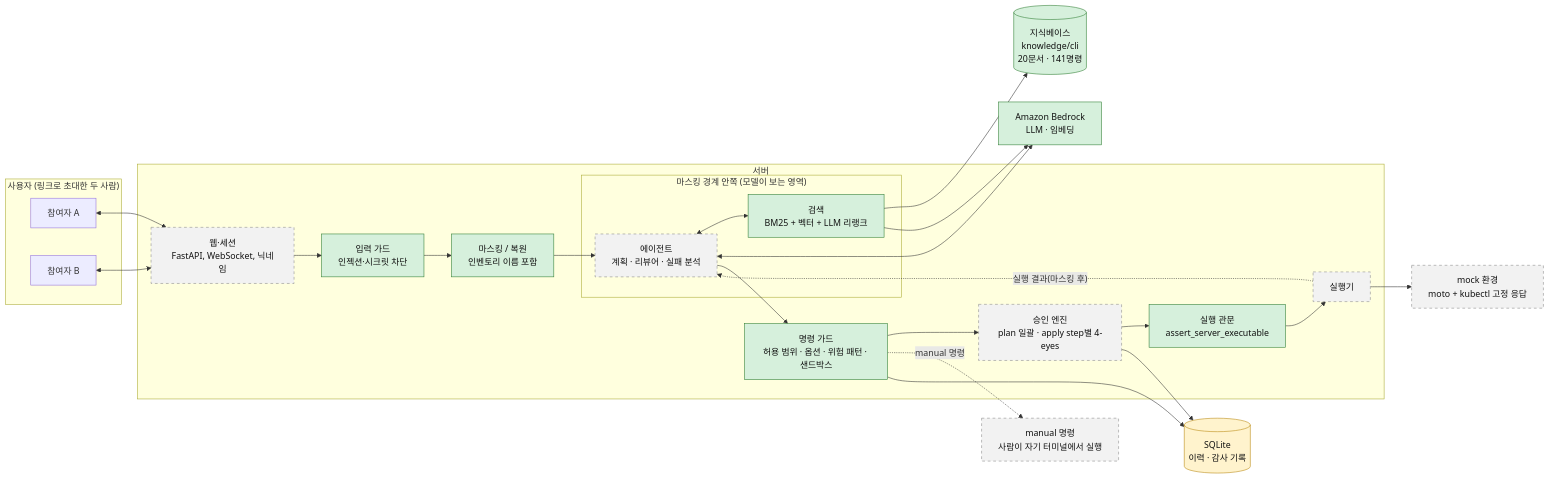
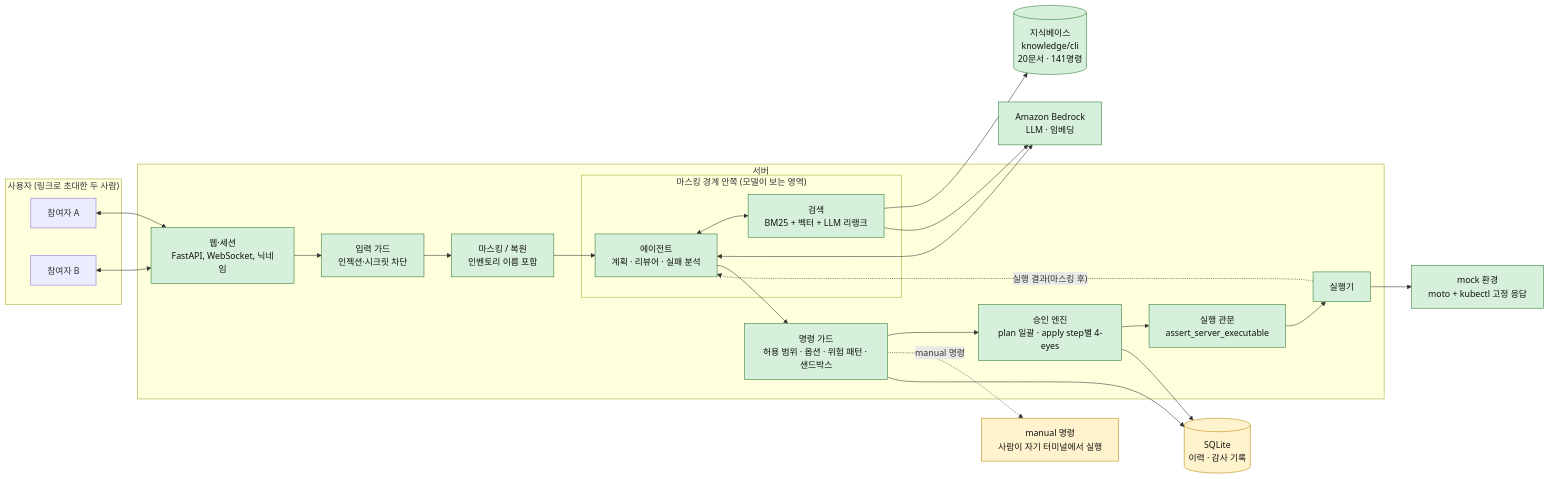
One commit to jhc4guru/mini-pjt changed the diagram in README.md. Above: the diagram before and after it, drawn with Mermaid. The commit also changed other lines of this file and 72 other files, not shown here.

````diff
--- a/README.md
+++ b/README.md
@@ -29,49 +29,48 @@
 ```mermaid
 flowchart LR
   subgraph USERS["사용자 (링크로 초대한 두 사람)"]
     A["참여자 A"]
     B["참여자 B"]
   end
 
   subgraph SERVER["서버"]
     WEB["웹·세션<br/>FastAPI, WebSocket, 닉네임"]
     IG["입력 가드<br/>인젝션·시크릿 차단"]
     MK["마스킹 / 복원<br/>인벤토리 이름 포함"]
     subgraph MODEL["마스킹 경계 안쪽 (모델이 보는 영역)"]
       AG["에이전트<br/>계획 · 리뷰어 · 실패 분석"]
       RAG["검색<br/>BM25 + 벡터 + LLM 리랭크"]
     end
     CG["명령 가드<br/>허용 범위 · 옵션 · 위험 패턴 · 샌드박스"]
     AP["승인 엔진<br/>plan 일괄 · apply step별 4-eyes"]
     GATE["실행 관문<br/>assert_server_executable"]
     EX["실행기"]
   end
 
   KB[("지식베이스<br/>knowledge/cli<br/>20문서 · 141명령")]
   LLM["Amazon Bedrock<br/>LLM · 임베딩"]
   MOCK["mock 환경<br/>moto + kubectl 고정 응답"]
   MAN["manual 명령<br/>사람이 자기 터미널에서 실행"]
   DB[("SQLite<br/>이력 · 감사 기록")]
 
   A <--> WEB
   B <--> WEB
   WEB --> IG --> MK --> AG
   AG <--> RAG
   RAG --> KB
   RAG --> LLM
   AG <--> LLM
   AG --> CG
   CG --> AP
   CG -.->|"manual 명령"| MAN
   AP --> GATE --> EX --> MOCK
   EX -.->|"실행 결과(마스킹 후)"| AG
   AP --> DB
   CG --> DB
 
   classDef done fill:#d6f0dc,stroke:#2e7d32,color:#111;
   classDef part fill:#fff3cd,stroke:#b8860b,color:#111;
   classDef plan fill:#f2f2f2,stroke:#888,stroke-dasharray:5 5,color:#111;
-  class IG,MK,RAG,KB,LLM,CG,GATE done;
-  class DB part;
-  class WEB,AG,AP,EX,MOCK,MAN plan;
+  class IG,MK,AG,RAG,KB,LLM,CG,GATE,EX,MOCK,AP,WEB done;
+  class DB,MAN part;
 ```
````
